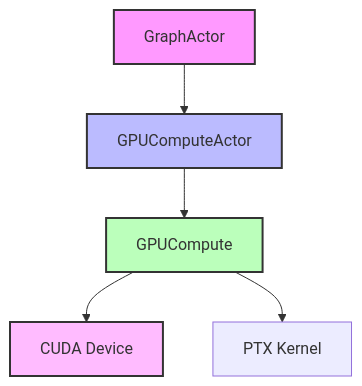
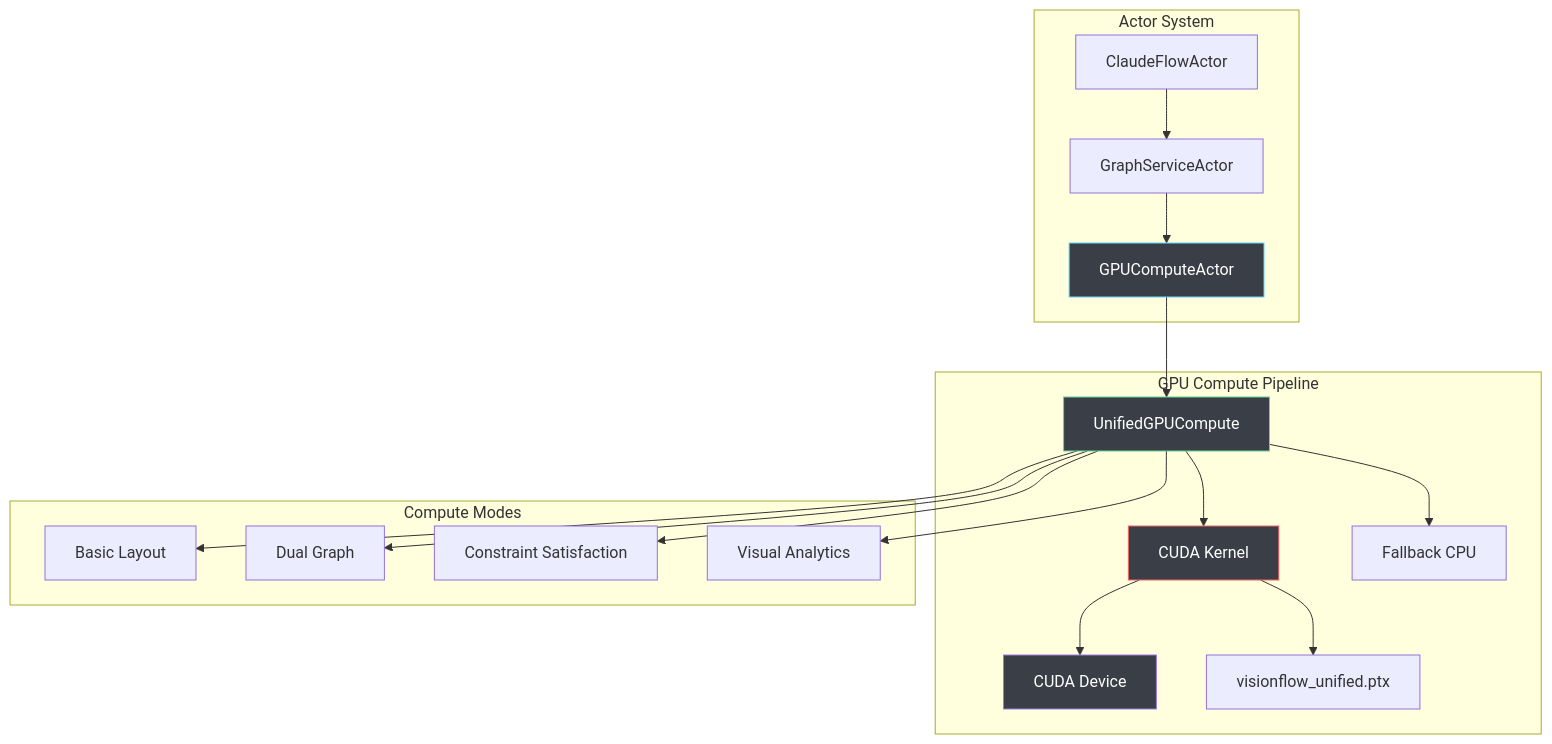
The first of 2 diagrams in docs/server/gpu-compute.md (DreamLab-AI/VisionFlow), drawn with Mermaid before and after one commit. The commit also changed other lines of this file and 22 other files, not shown here.

````diff
--- a/docs/server/gpu-compute.md
+++ b/docs/server/gpu-compute.md
@@ -9,12 +9,32 @@
 ```mermaid
 graph TB
-    GA[GraphActor] --> GPU[GPUComputeActor]
-    GPU --> GC[GPUCompute]
-    GC --> CUDA[CUDA Device]
-    GC --> PTX[PTX Kernel]
+    subgraph "Actor System"
+        GSA[GraphServiceActor] --> GCA[GPUComputeActor]
+        CFA[ClaudeFlowActor] --> GSA
+    end
     
-    style GA fill:#f9f,stroke:#333,stroke-width:2px
-    style GPU fill:#bbf,stroke:#333,stroke-width:2px
-    style GC fill:#bfb,stroke:#333,stroke-width:2px
-    style CUDA fill:#fbf,stroke:#333,stroke-width:2px
+    subgraph "GPU Compute Pipeline" 
+        GCA --> UGC[UnifiedGPUCompute]
+        UGC --> CK[CUDA Kernel]
+        UGC --> FB[Fallback CPU]
+        CK --> CUDA[CUDA Device]
+        CK --> PTX[visionflow_unified.ptx]
+    end
+    
+    subgraph "Compute Modes"
+        BASIC[Basic Layout]
+        DUAL[Dual Graph]
+        CONSTRAINTS[Constraint Satisfaction]
+        ANALYTICS[Visual Analytics]
+    end
+    
+    UGC --> BASIC
+    UGC --> DUAL
+    UGC --> CONSTRAINTS
+    UGC --> ANALYTICS
+    
+    style GCA fill:#3A3F47,stroke:#61DAFB,color:#FFFFFF
+    style UGC fill:#3A3F47,stroke:#68D391,color:#FFFFFF
+    style CK fill:#3A3F47,stroke:#F56565,color:#FFFFFF
+    style CUDA fill:#3A3F47,stroke:#9F7AEA,color:#FFFFFF
 ```
````
